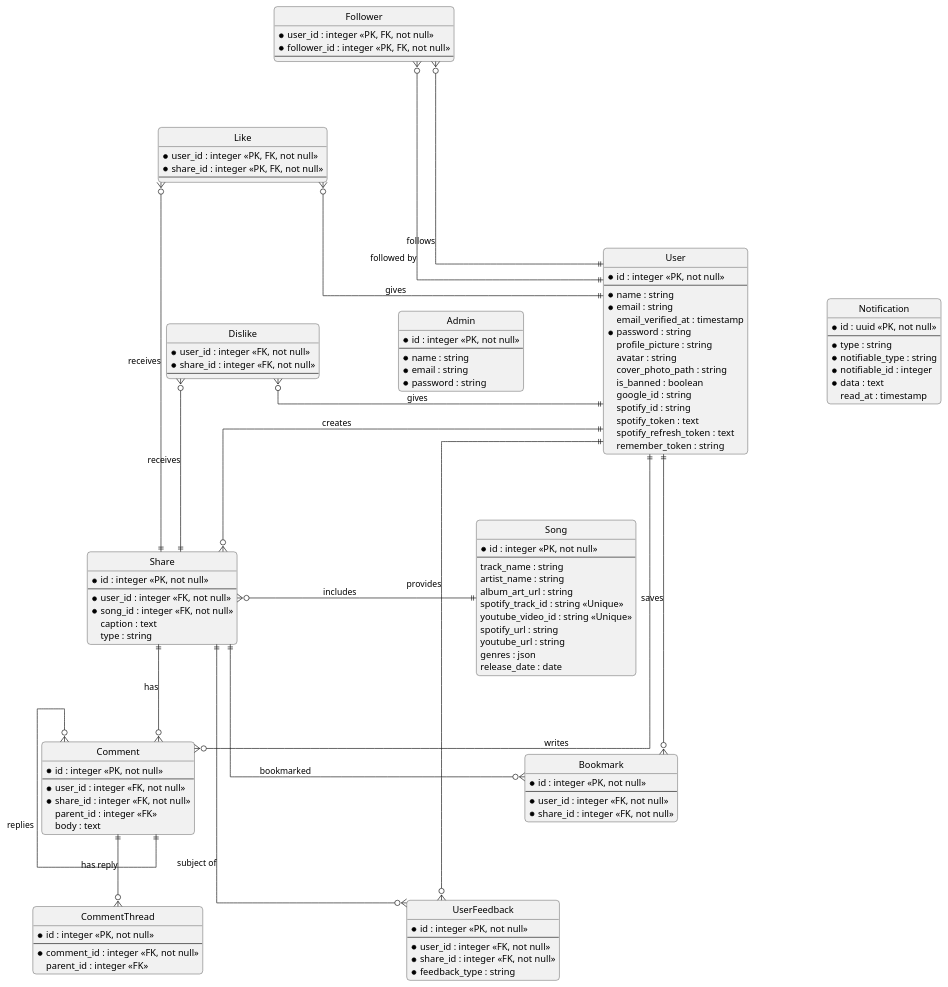
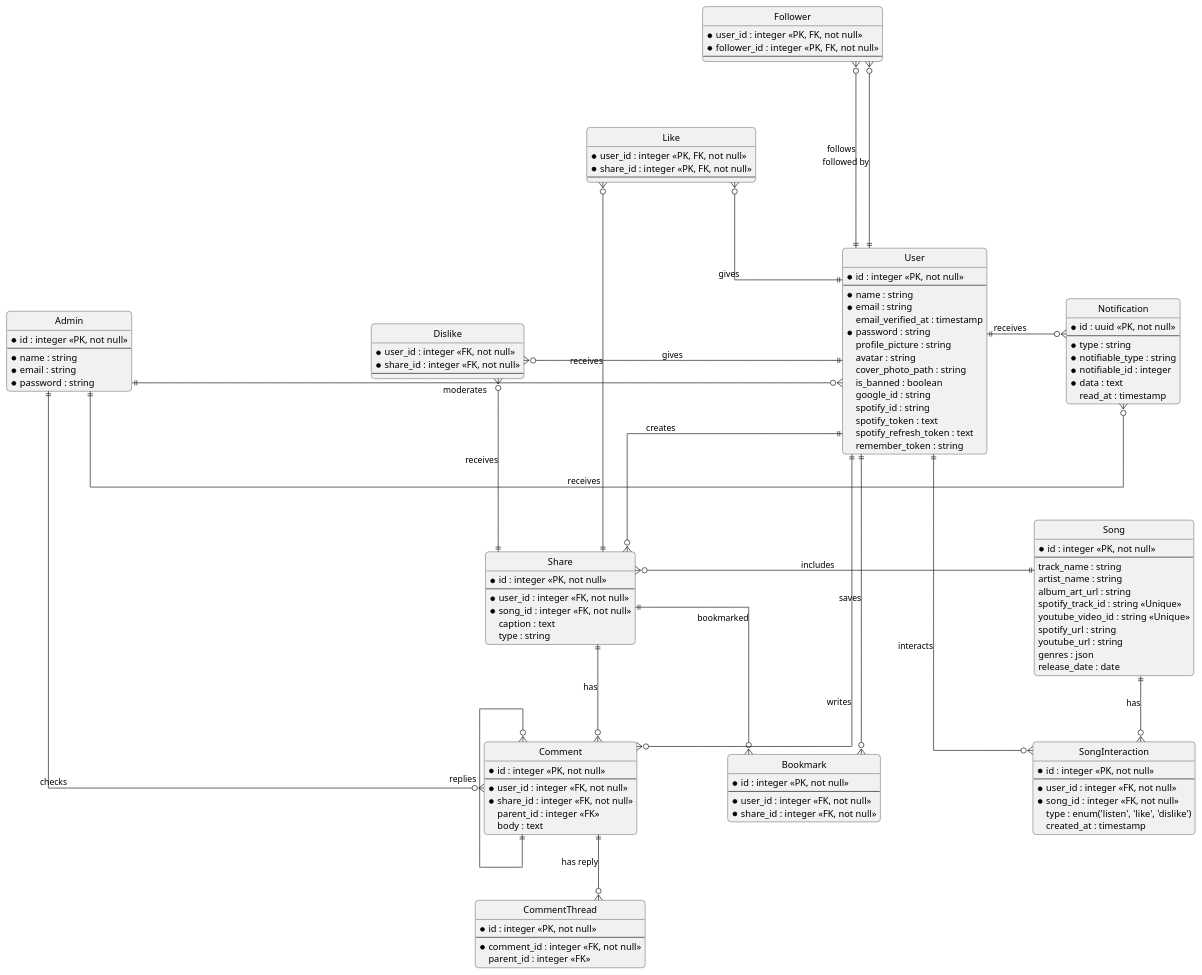
Before and after one commit to HeinreichMorphine/musicsocial: the diagram in erd_diagram.plantuml, drawn with PlantUML. The commit also changed 123 other files, not shown here.

```diff
--- a/erd_diagram.plantuml
+++ b/erd_diagram.plantuml
@@ -1,191 +1,200 @@
 @startuml
 skinparam linetype ortho
 skinparam monochrome true
 skinparam shadowing false
 skinparam defaultFontName Arial
 skinparam roundcorner 10
 
 ' Remove the 'E' circle
 hide circle
 
 ' Spacing control
 skinparam nodesep 120
 skinparam ranksep 100
 
 ' --- ENTITIES ---
 
 entity "User" as users {
   *id : integer <<PK, not null>>
   --
   *name : string
   *email : string
   email_verified_at : timestamp
   *password : string
   profile_picture : string
   avatar : string
   cover_photo_path : string
   is_banned : boolean
   google_id : string
   spotify_id : string
   spotify_token : text
   spotify_refresh_token : text
   remember_token : string
 }
 
 entity "Share" as shares {
   *id : integer <<PK, not null>>
   --
   *user_id : integer <<FK, not null>>
   *song_id : integer <<FK, not null>>
   caption : text
   type : string
 }
 
 entity "Song" as songs {
   *id : integer <<PK, not null>>
   --
   track_name : string
   artist_name : string
   album_art_url : string
   spotify_track_id : string <<Unique>>
   youtube_video_id : string <<Unique>>
   spotify_url : string
   youtube_url : string
   genres : json
   release_date : date
 }
 
 entity "Like" as likes {
   *user_id : integer <<PK, FK, not null>>
   *share_id : integer <<PK, FK, not null>>
   --
 }
 
 entity "Dislike" as dislikes {
   *user_id : integer <<FK, not null>>
   *share_id : integer <<FK, not null>>
   --
 }
 
 entity "Bookmark" as bookmarks {
   *id : integer <<PK, not null>>
   --
   *user_id : integer <<FK, not null>>
   *share_id : integer <<FK, not null>>
 }
 
-entity "UserFeedback" as user_feedback {
-  *id : integer <<PK, not null>>
-  --
-  *user_id : integer <<FK, not null>>
-  *share_id : integer <<FK, not null>>
-  *feedback_type : string
-}
 
 entity "Comment" as comments {
   *id : integer <<PK, not null>>
   --
   *user_id : integer <<FK, not null>>
   *share_id : integer <<FK, not null>>
   parent_id : integer <<FK>>
   body : text
 }
 
 entity "CommentThread" as comment_threads {
   *id : integer <<PK, not null>>
   --
   *comment_id : integer <<FK, not null>>
   parent_id : integer <<FK>>
 }
 
 entity "Admin" as admins {
   *id : integer <<PK, not null>>
   --
   *name : string
   *email : string
   *password : string
 }
 
 entity "Follower" as followers {
   *user_id : integer <<PK, FK, not null>>
   *follower_id : integer <<PK, FK, not null>>
   --
 }
 
 entity "Notification" as notifications {
   *id : uuid <<PK, not null>>
   --
   *type : string
   *notifiable_type : string
   *notifiable_id : integer
   *data : text
   read_at : timestamp
 }
 
 ' --- LAYOUT GRID ---
 ' Goal: Center User and Share, distribute others to sides
 
 ' Row 1: Admin - User - Notification
 users -[hidden]left- admins
 users -[hidden]right- notifications
 
 ' Row 2: Follower - Share - Song
 ' Connection to top
 users -[hidden]down- shares
 
 ' Side alignments for Row 2
 shares -[hidden]left- followers
 shares -[hidden]right- songs
 
 ' Side interactions (Like/Dislike left, Bookmark/Feedback right)
 likes -[hidden]up- followers
 likes -[hidden]down- dislikes
 
 bookmarks -[hidden]up- songs
-bookmarks -[hidden]down- user_feedback
+bookmarks -[hidden]down- comment_threads
 
 ' Align interactions with Share
 shares -[hidden]left- likes
 shares -[hidden]left- dislikes
 
 shares -[hidden]right- bookmarks
-shares -[hidden]right- user_feedback
 
-' Bottom: Comment spine
 shares -[hidden]down- comments
 comments -[hidden]down- comment_threads
+
+
+entity "SongInteraction" as song_interactions {
+  *id : integer <<PK, not null>>
+  --
+  *user_id : integer <<FK, not null>>
+  *song_id : integer <<FK, not null>>
+  type : enum('listen', 'like', 'dislike')
+  created_at : timestamp
+}
+
+song_interactions -[hidden]up- songs
+users ||-right-o{ song_interactions : "interacts"
+songs ||-down-o{ song_interactions : "has"
 
 
 ' --- RELATIONSHIPS ---
 
 ' 1. Central Spine
 users ||-down-o{ shares : "creates"
 shares ||-down-o{ comments : "has"
 comments ||-down-o{ comment_threads : "has reply"
 
 ' Comment self-reference (replies) moved to left
 comments ||-left-o{ comments : "replies"
 users ||-down-o{ comments : "writes"
+
+' Admin Relationships
+admins ||-down-o{ users : "moderates"
+admins ||-down-o{ comments : "checks"
+admins ||-right-o{ notifications : "receives"
+users ||-right-o{ notifications : "receives"
 
 ' 2. Left Side Components
 users ||-left-o{ followers : "follows"
 users ||-left-o{ followers : "followed by"
 
 ' Like/Dislike (Left of Share)
 users ||-left-o{ likes : "gives"
 shares ||-left-o{ likes : "receives"
 
 users ||-left-o{ dislikes : "gives"
 shares ||-left-o{ dislikes : "receives"
 
 ' 3. Right Side Components
 shares }o-right-|| songs : "includes"
 
 ' Bookmark/Feedback (Right of Share)
 users ||-right-o{ bookmarks : "saves"
 shares ||-right-o{ bookmarks : "bookmarked"
 
-users ||-right-o{ user_feedback : "provides"
-shares ||-right-o{ user_feedback : "subject of"
 
 @enduml
```
